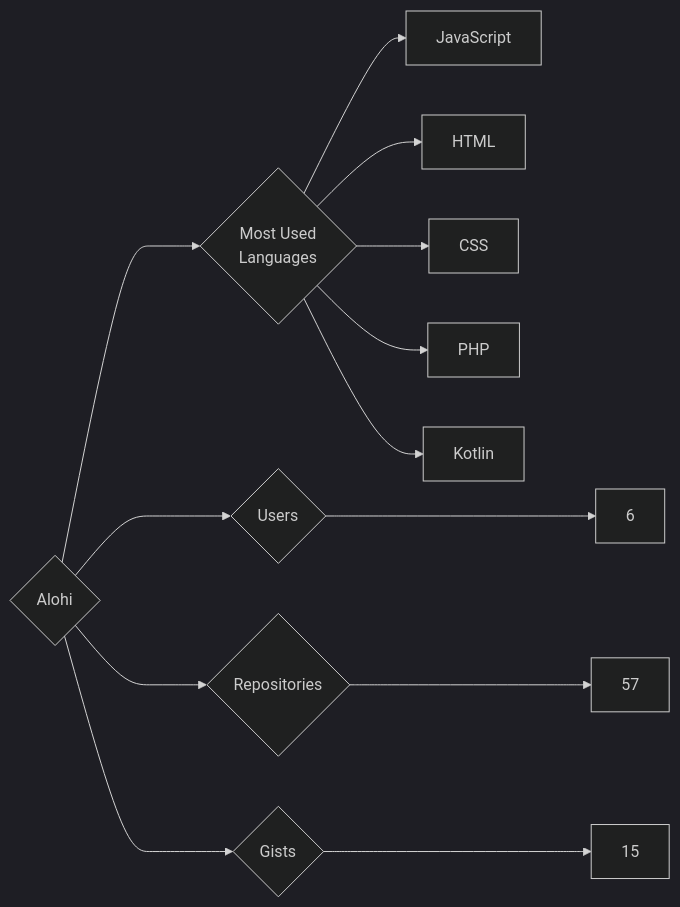
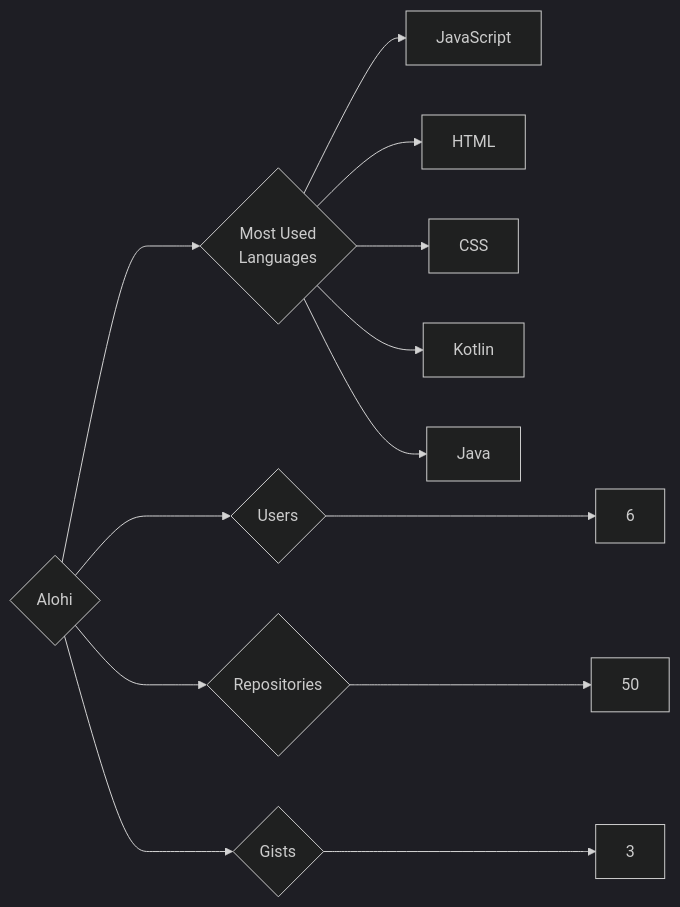
One commit to trickest/insiders changed the diagram in targets/Alohi/README.md. Above: the diagram before and after it, drawn with Mermaid (dark theme). The commit also changed 934 other files, not shown here.

````diff
--- a/targets/Alohi/README.md
+++ b/targets/Alohi/README.md
@@ -3,13 +3,13 @@
 ```mermaid
 graph LR
 COMPANY_NAME{Alohi}
 COMPANY_NAME ---> U{Users} ---> UN[6]
-COMPANY_NAME ---> R{Repositories} ---> RN[57]
-COMPANY_NAME ---> G{Gists} ---> GN[15]
+COMPANY_NAME ---> R{Repositories} ---> RN[50]
+COMPANY_NAME ---> G{Gists} ---> GN[3]
 COMPANY_NAME ---> ML{Most Used<br>Languages}
 ML --> JavaScript[JavaScript]
 ML --> HTML[HTML]
 ML --> CSS[CSS]
-ML --> PHP[PHP]
 ML --> Kotlin[Kotlin]
+ML --> Java[Java]
 ```
````
